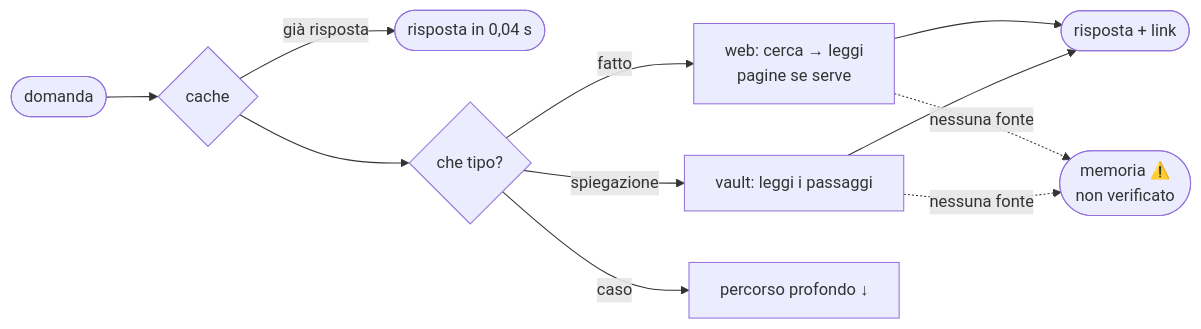
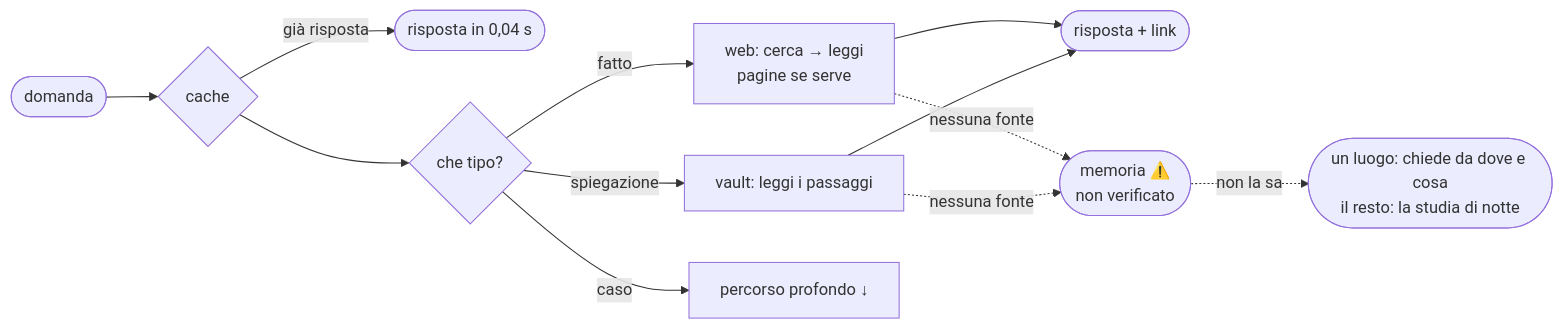
One commit to Soliton0382/A.U.R.O.R.A. changed the first of 5 diagrams in README.md. Above: the diagram before and after it, drawn with Mermaid. The commit also changed other lines of this file and 14 other files, not shown here.

````diff
--- a/README.md
+++ b/README.md
@@ -96,10 +96,11 @@
 ```mermaid
 flowchart LR
   Q([domanda]) --> H{cache}
   H -- già risposta --> O2([risposta in 0,04 s])
   H --> K2{che tipo?}
   K2 -- fatto --> WB[web: cerca → leggi<br/>pagine se serve] --> O3([risposta + link])
   K2 -- spiegazione --> VR[vault: leggi i passaggi] --> O3
   K2 -- caso --> P[percorso profondo ↓]
   WB & VR -. nessuna fonte .-> ME([memoria ⚠️<br/>non verificato])
+  ME -. non la sa .-> AB([un luogo: chiede da dove e cosa<br/>il resto: la studia di notte])
 ```
````
